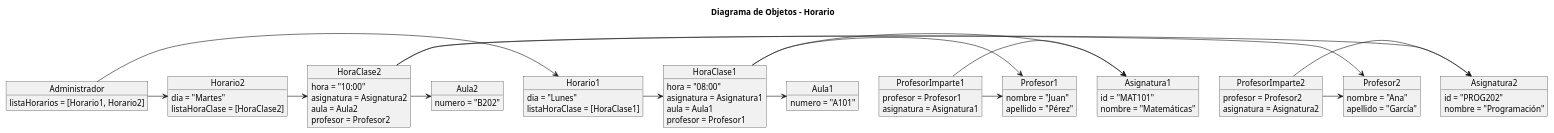
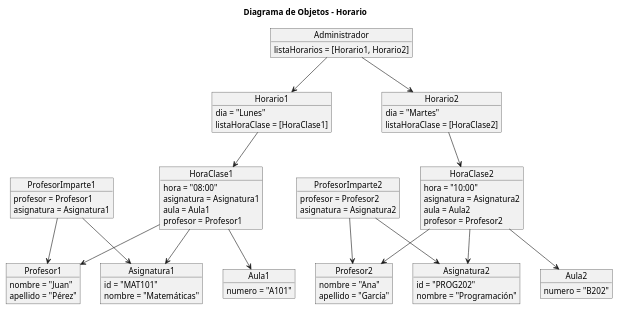
One commit to mmasias/24-25-IdSw1-SDR changed the diagram in modeloDelDominio/plantUML/diagramaObjetos.puml. Above: the diagram before and after it, drawn with PlantUML.

```diff
--- a/modeloDelDominio/plantUML/diagramaObjetos.puml
+++ b/modeloDelDominio/plantUML/diagramaObjetos.puml
@@ -1,89 +1,89 @@
 @startuml
 title Diagrama de Objetos - Horario
 
 object Administrador {
   listaHorarios = [Horario1, Horario2]
 }
 
 object Profesor1 {
   nombre = "Juan"
   apellido = "Pérez"
 }
 
 object Profesor2 {
   nombre = "Ana"
   apellido = "García"
 }
 
 object Asignatura1 {
   id = "MAT101"
   nombre = "Matemáticas"
 }
 
 object Asignatura2 {
   id = "PROG202"
   nombre = "Programación"
 }
 
 object Aula1 {
   numero = "A101"
 }
 
 object Aula2 {
   numero = "B202"
 }
 
 object Horario1 {
   dia = "Lunes"
   listaHoraClase = [HoraClase1]
 }
 
 object Horario2 {
   dia = "Martes"
   listaHoraClase = [HoraClase2]
 }
 
 object HoraClase1 {
   hora = "08:00"
   asignatura = Asignatura1
   aula = Aula1
   profesor = Profesor1
 }
 
 object HoraClase2 {
   hora = "10:00"
   asignatura = Asignatura2
   aula = Aula2
   profesor = Profesor2
 }
 
 object ProfesorImparte1 {
   profesor = Profesor1
   asignatura = Asignatura1
 }
 
 object ProfesorImparte2 {
   profesor = Profesor2
   asignatura = Asignatura2
 }
 
-Administrador -> Horario1
-Administrador -> Horario2
+Administrador --> Horario1
+Administrador --> Horario2
 
-Horario1 -> HoraClase1
-Horario2 -> HoraClase2
+Horario1 --> HoraClase1
+Horario2 --> HoraClase2
 
-HoraClase1 -> Asignatura1
-HoraClase1 -> Aula1
-HoraClase1 -> Profesor1
+HoraClase1 --> Asignatura1
+HoraClase1 --> Aula1
+HoraClase1 --> Profesor1
 
-HoraClase2 -> Asignatura2
-HoraClase2 -> Aula2
-HoraClase2 -> Profesor2
+HoraClase2 --> Asignatura2
+HoraClase2 --> Aula2
+HoraClase2 --> Profesor2
 
-ProfesorImparte1 -> Profesor1
-ProfesorImparte1 -> Asignatura1
+ProfesorImparte1 --> Profesor1
+ProfesorImparte1 --> Asignatura1
 
-ProfesorImparte2 -> Profesor2
-ProfesorImparte2 -> Asignatura2
+ProfesorImparte2 --> Profesor2
+ProfesorImparte2 --> Asignatura2
 @enduml
```
